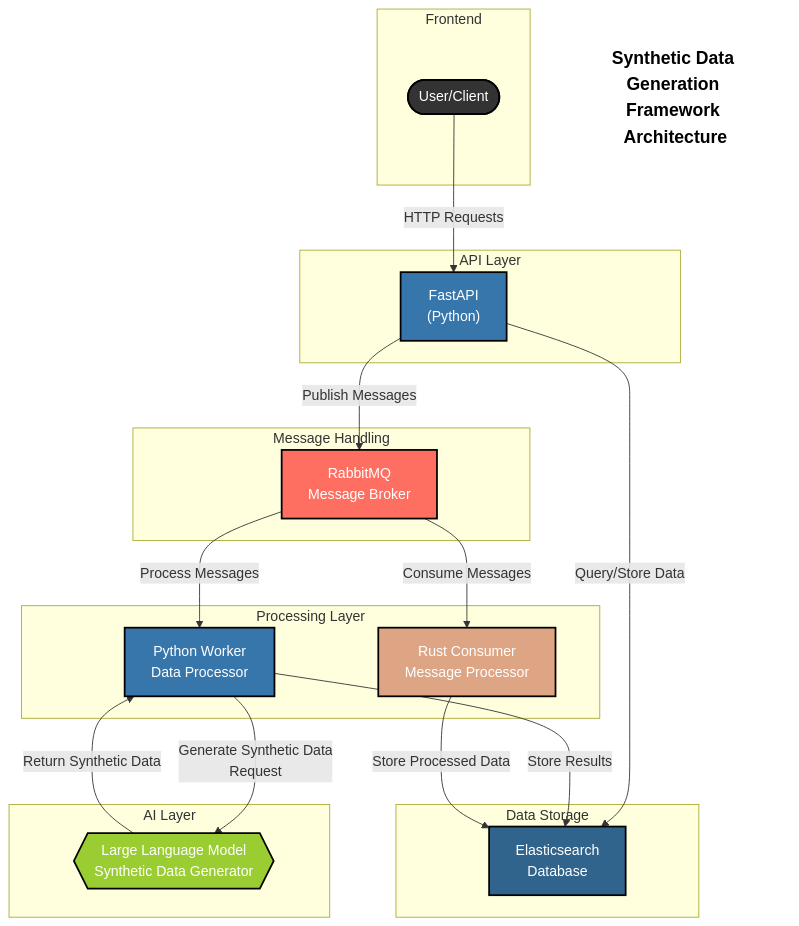
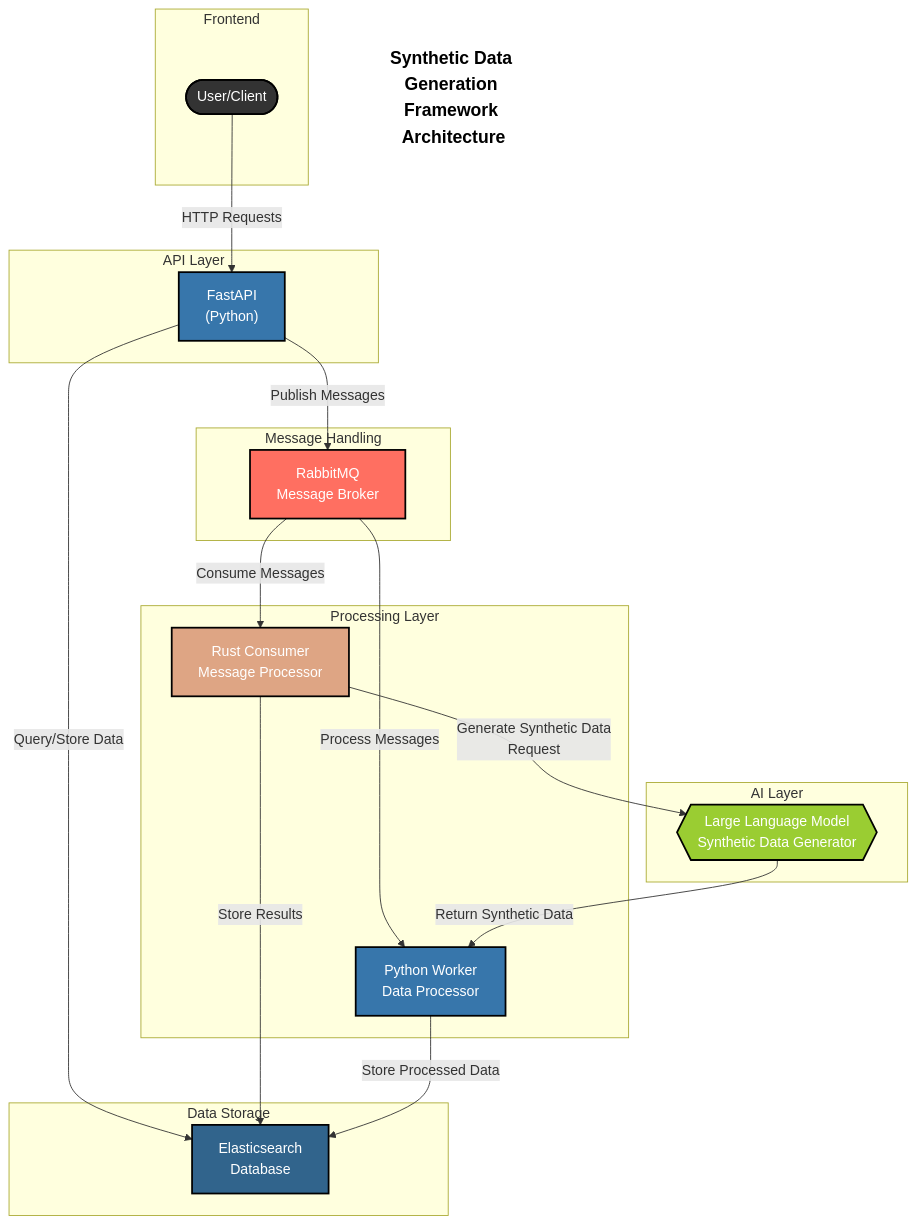
Before and after one commit to nasirus/synthgen: the diagram in ARCHITECTURE.md, drawn with Mermaid. The commit also changed 1 other file, not shown here.

Commit message:
Update architecture diagrams to reflect component role swap
- Corrected ARCHITECTURE.md and README.md flowcharts
- Swapped data flow between Python Worker and Rust Consumer
- Maintained consistent system architecture representation

````diff
--- a/ARCHITECTURE.md
+++ b/ARCHITECTURE.md
@@ -7,78 +7,78 @@
 ```mermaid
 flowchart TB
     %% Title
     classDef titleClass fill:none,stroke:none,color:black,font-size:20px,font-weight:bold
     title["Synthetic Data Generation Framework Architecture"]
     class title titleClass
     
     %% Component definitions with detailed labels
     client([User/Client])
     api["FastAPI
     (Python)"]
     rabbitmq["RabbitMQ
     Message Broker"]
     elasticsearch["Elasticsearch
     Database"]
     llm{{"Large Language Model
     Synthetic Data Generator"}}
     consumer["Rust Consumer
     Message Processor"]
     worker["Python Worker
     Data Processor"]
     
     %% Connections with descriptive labels
     client -->|"HTTP Requests"| api
     api -->|"Query/Store Data"| elasticsearch
     api -->|"Publish Messages"| rabbitmq
     rabbitmq -->|"Process Messages"| worker
-    worker -->|"Generate Synthetic Data
+    consumer -->|"Generate Synthetic Data
     Request"| llm
     llm -->|"Return Synthetic Data"| worker
-    worker -->|"Store Results"| elasticsearch
+    consumer -->|"Store Results"| elasticsearch
     rabbitmq -->|"Consume Messages"| consumer
-    consumer -->|"Store Processed Data"| elasticsearch
+    worker -->|"Store Processed Data"| elasticsearch
     
     %% Component styling
     classDef clientStyle fill:#333,stroke:#000,color:white,stroke-width:2px
     classDef apiStyle fill:#3776AB,stroke:#000,color:white,stroke-width:2px
     classDef dbStyle fill:#31648C,stroke:#000,color:white,stroke-width:2px
     classDef msgStyle fill:#FF6F61,stroke:#000,color:white,stroke-width:2px
     classDef llmStyle fill:#9ACD32,stroke:#000,color:white,stroke-width:2px
     classDef workerStyle fill:#3776AB,stroke:#000,color:white,stroke-width:2px
     classDef consumerStyle fill:#DEA584,stroke:#000,color:white,stroke-width:2px
     
     %% Apply styling
     class client clientStyle
     class api apiStyle
     class elasticsearch dbStyle
     class rabbitmq msgStyle
     class llm llmStyle
     class worker workerStyle
     class consumer consumerStyle
     
     %% Subgraphs for clearer organization
     subgraph Frontend
         client
     end
     
     subgraph "API Layer"
         api
     end
     
     subgraph "Data Storage"
         elasticsearch
     end
     
     subgraph "Message Handling"
         rabbitmq
     end
     
     subgraph "Processing Layer"
         worker
         consumer
     end
     
     subgraph "AI Layer"
         llm
     end
 ```
````
